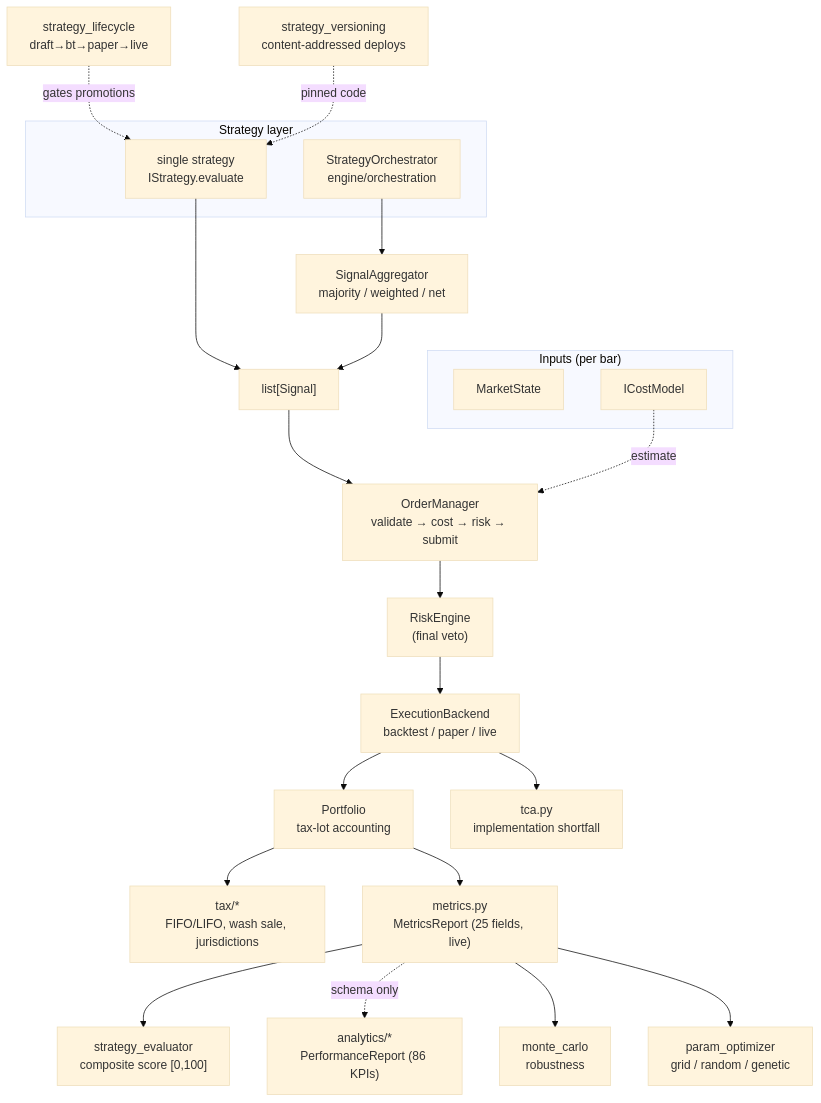
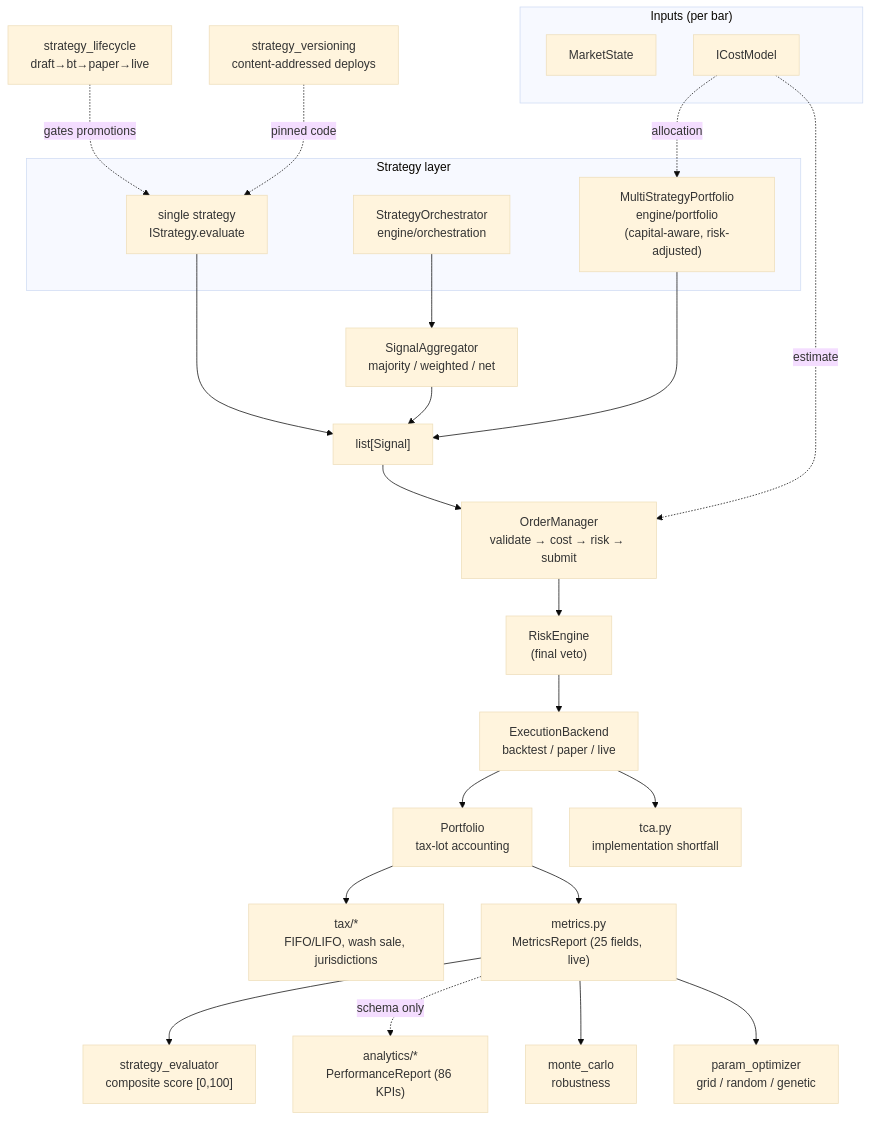
One commit to SevFle/nexus-trade-engine changed the diagram in docs/architecture/core-domains.md. Above: the diagram before and after it, drawn with Mermaid (base theme). The commit also changed other lines of this file and 8 other files, not shown here.

````diff
--- a/docs/architecture/core-domains.md
+++ b/docs/architecture/core-domains.md
@@ -21,35 +21,38 @@
 ```mermaid
 flowchart TD
     subgraph input["Inputs (per bar)"]
         MKT["MarketState"]
         COST["ICostModel"]
     end
 
     subgraph strat["Strategy layer"]
         ONE["single strategy<br/>IStrategy.evaluate"]
         MANY["StrategyOrchestrator<br/>engine/orchestration"]
+        PORTF["MultiStrategyPortfolio<br/>engine/portfolio<br/>(capital-aware, risk-adjusted)"]
     end
 
     ONE --> SIG["list[Signal]"]
     MANY --> AGG["SignalAggregator<br/>majority / weighted / net"]
     AGG --> SIG
+    PORTF --> SIG
+    COST -.->|allocation| PORTF
 
     SIG --> OM["OrderManager<br/>validate → cost → risk → submit"]
     COST -.->|estimate| OM
     OM --> RISK["RiskEngine<br/>(final veto)"]
     RISK --> EXEC["ExecutionBackend<br/>backtest / paper / live"]
     EXEC --> PORT["Portfolio<br/>tax-lot accounting"]
     PORT --> TAX["tax/*<br/>FIFO/LIFO, wash sale, jurisdictions"]
     EXEC --> TCA["tca.py<br/>implementation shortfall"]
 
     PORT --> MET["metrics.py<br/>MetricsReport (25 fields, live)"]
     MET --> EVAL["strategy_evaluator<br/>composite score [0,100]"]
     MET -.->|schema only| REPORT["analytics/*<br/>PerformanceReport (86 KPIs)"]
     MET --> MC["monte_carlo<br/>robustness"]
     MET --> OPT["param_optimizer<br/>grid / random / genetic"]
 
     GOV["strategy_lifecycle<br/>draft→bt→paper→live"]
     VER["strategy_versioning<br/>content-addressed deploys"]
     GOV -.->|gates promotions| ONE
     VER -.->|pinned code| ONE
 ```
````
